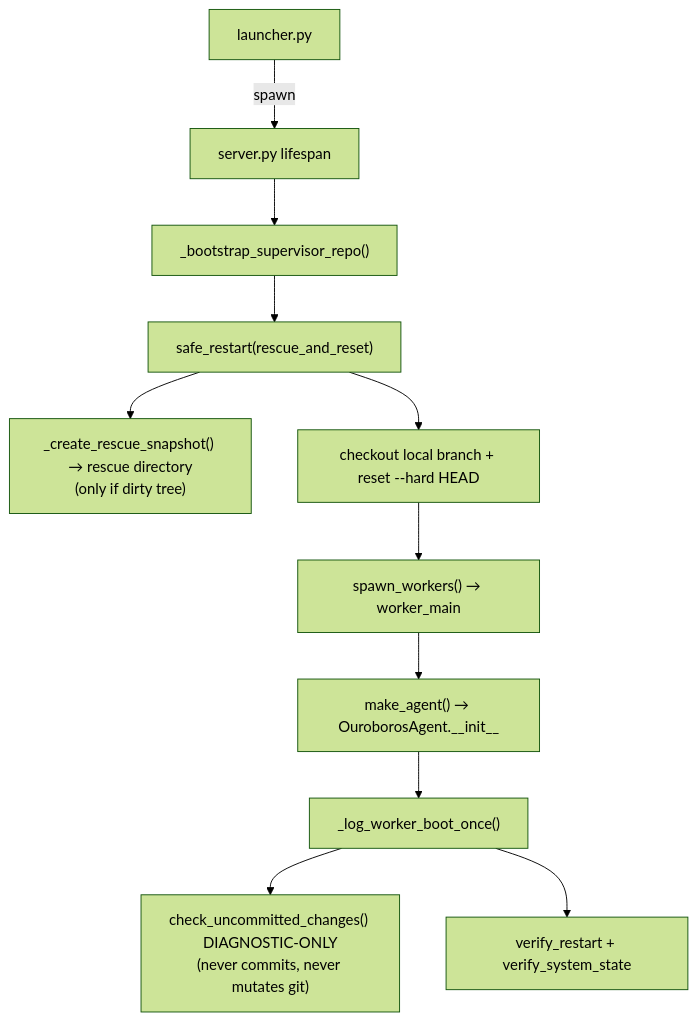
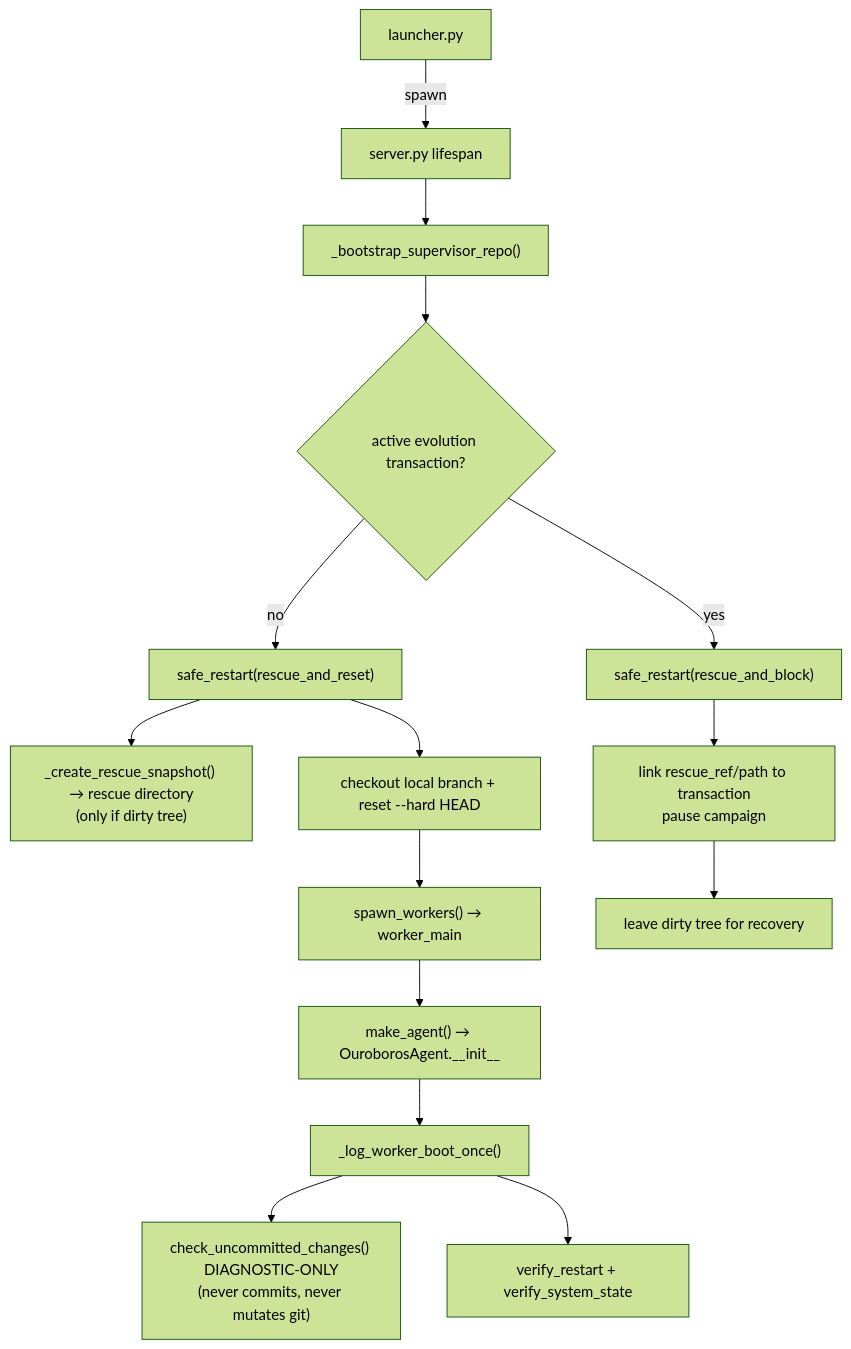
One commit to juberuu/ouroboros changed the diagram in docs/ARCHITECTURE.md. Above: the diagram before and after it, drawn with Mermaid (forest theme). The commit also changed other lines of this file and 28 other files, not shown here.

````diff
--- a/docs/ARCHITECTURE.md
+++ b/docs/ARCHITECTURE.md
@@ -544,13 +561,17 @@
 ```mermaid
 flowchart TD
     L[launcher.py] -->|spawn| S[server.py lifespan]
     S --> B["_bootstrap_supervisor_repo()"]
-    B --> SR["safe_restart(rescue_and_reset)"]
+    B --> D{"active evolution transaction?"}
+    D -->|no| SR["safe_restart(rescue_and_reset)"]
+    D -->|yes| SB["safe_restart(rescue_and_block)"]
     SR --> RS["_create_rescue_snapshot() → rescue directory<br/>(only if dirty tree)"]
     SR --> RB[checkout local branch + reset --hard HEAD]
+    SB --> TX["link rescue_ref/path to transaction<br/>pause campaign"]
+    TX --> STOP["leave dirty tree for recovery"]
     RB --> SW["spawn_workers() → worker_main"]
     SW --> MA["make_agent() → OuroborosAgent.__init__"]
     MA --> LB["_log_worker_boot_once()"]
     LB --> CU["check_uncommitted_changes() DIAGNOSTIC-ONLY<br/>(never commits, never mutates git)"]
     LB --> VR["verify_restart + verify_system_state"]
 ```
````
